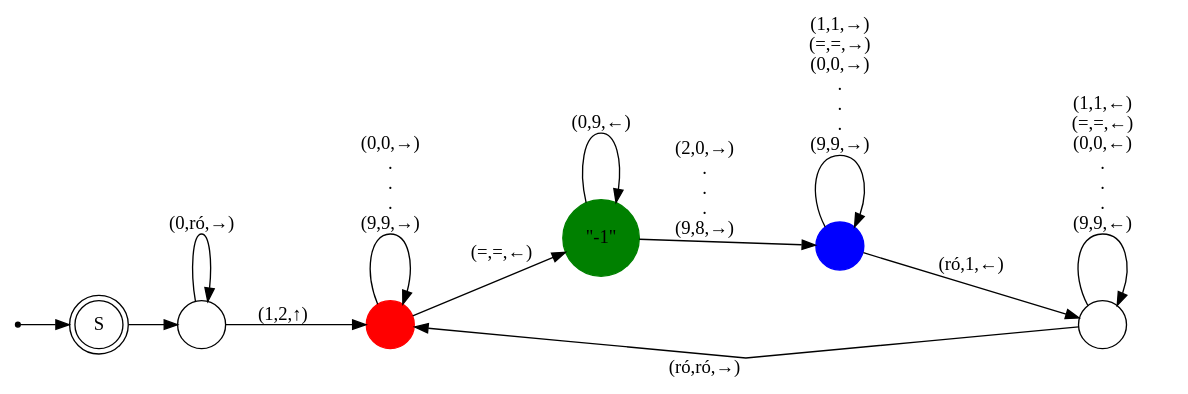
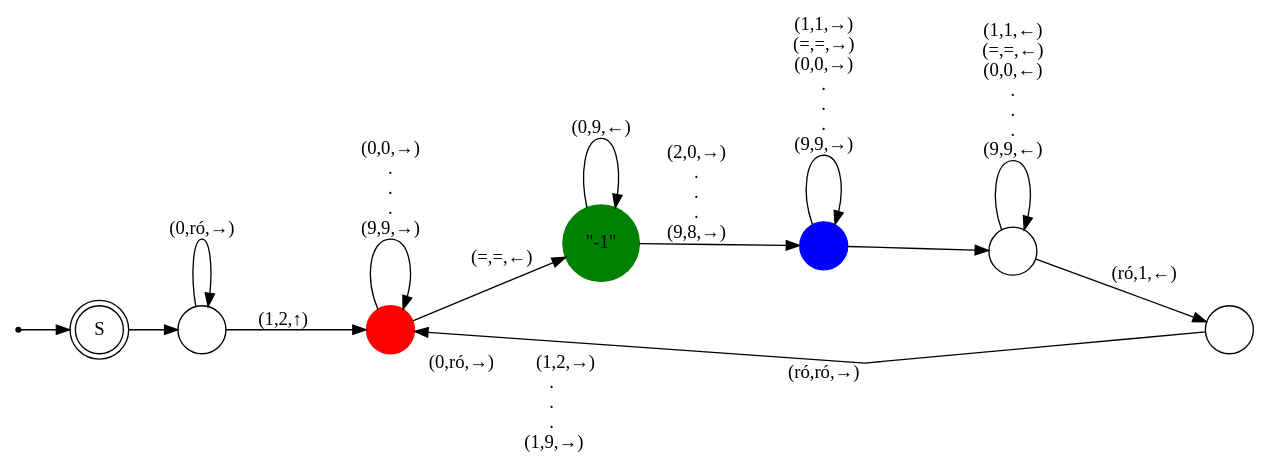
The diagram in pictures/turing.gv (krook1024-uni-archive/textbook), drawn with Graphviz before and after one commit. The commit also changed 1 other file, not shown here.

```diff
--- a/pictures/turing.gv
+++ b/pictures/turing.gv
@@ -1,37 +1,38 @@
 digraph unary_to_binary {
     rankdir=LR;
     size="20";
     splines=false;
     nodesep=0.7;
     ranksep=0.5;
 
     node [shape = doublecircle]; S;
     node [shape = point label = ""]; qi
 
     node [shape = circle];
     qi -> S;
     S  -> q1 [ label = ""];
 	q1 -> q2 [ label = "(1,2,↑)" ] ;
 	q2 -> q3 [ label = "(=,=,←)" ];
 	q3 -> q4 [ label = "(2,0,→)\n.\n.\n.\n(9,8,→)" ];
-	q4 -> q5 [ label = "(ró,1,←)" ];
-	q5 -> q2 [ label="(ró,ró,→)" ];
+	q4 -> q5 [ label = "" ];
+	q5 -> q6 [ label = "(ró,1,←)" ];
+	q6 -> q2 [ headlabel="\n(0,ró,→)         (1,2,→)\n                  .\n\                  .\n                  .\n                   (1,9,→)" label = "(ró,ró,→)" ];
 	
 	q1->q1 [ label = "(0,ró,→)" ];
 	q2->q2 [ label = "(0,0,→)\n.\n.\n.\n(9,9,→)" ];
 	q3->q3 [ label = "(0,9,←)" ];
 	q4->q4 [ label = "(1,1,→)\n(=,=,→)\n(0,0,→)\n.\n.\n.\n(9,9,→)" ];
 	q5->q5 [ label = "(1,1,←)\n(=,=,←)\n(0,0,←)\n.\n.\n.\n(9,9,←)"];
 	
 	q2 [ style=filled color = red ];
 	q3 [ style=filled color = green label = "\"-1\""];
 	q4 [ style=filled color = blue ];
 
 }
 
 
 # ←
 # ↑
 # →
 # ↓
 # dot -Tpng turing.gv -o Turing.png
```
